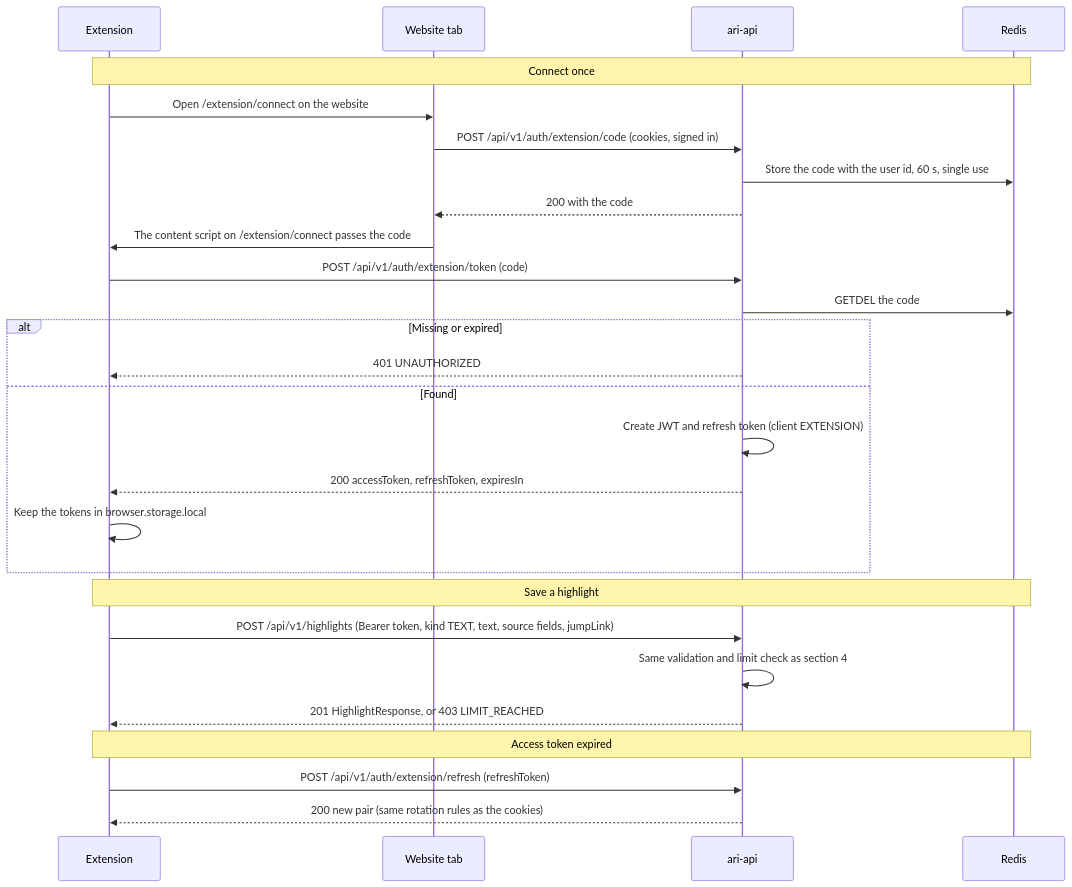
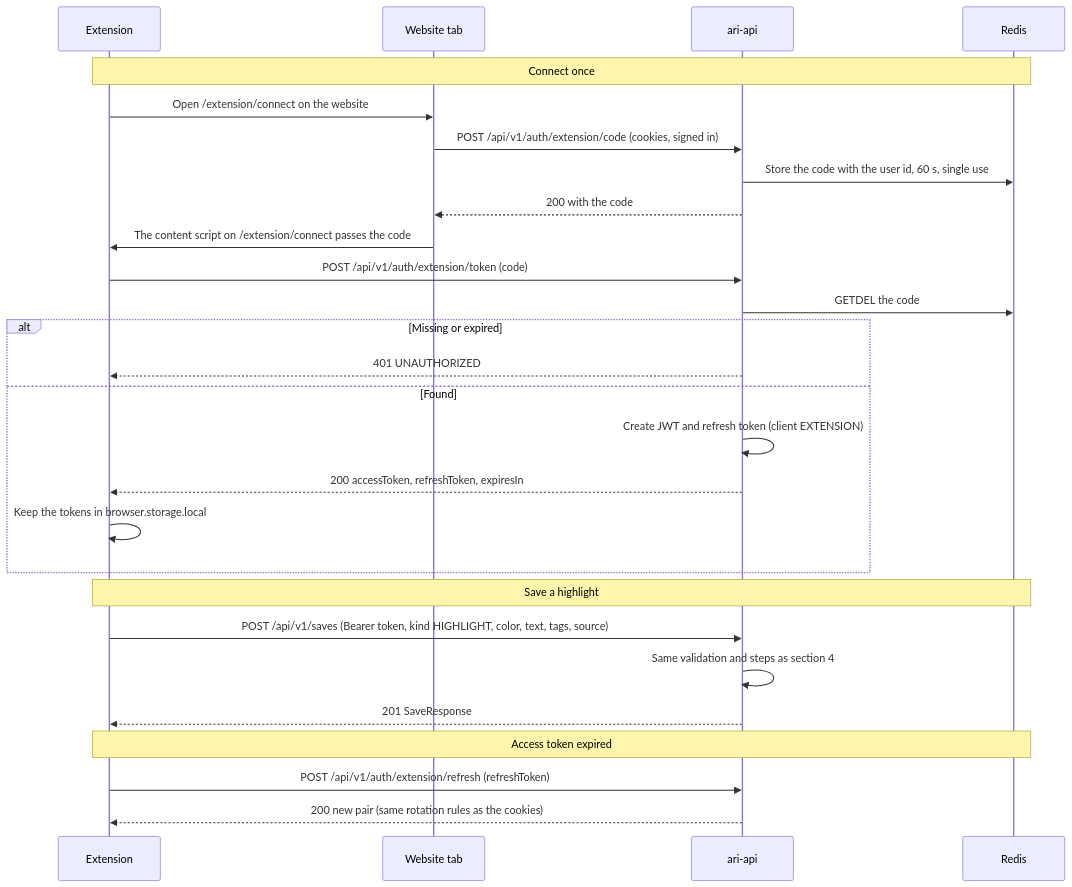
The sixth of 9 diagrams in docs/sequences.md (salimsalimzade/ari-api), drawn with Mermaid before and after one commit. The commit also changed other lines of this file and 181 other files, not shown here.

````diff
--- a/docs/sequences.md
+++ b/docs/sequences.md
@@ -202,29 +256,29 @@
 ```mermaid
 sequenceDiagram
   participant X as Extension
   participant T as Website tab
   participant A as ari-api
   participant R as Redis
   Note over X,R: Connect once
   X->>T: Open /extension/connect on the website
   T->>A: POST /api/v1/auth/extension/code (cookies, signed in)
   A->>R: Store the code with the user id, 60 s, single use
   A-->>T: 200 with the code
   T->>X: The content script on /extension/connect passes the code
   X->>A: POST /api/v1/auth/extension/token (code)
   A->>R: GETDEL the code
   alt Missing or expired
     A-->>X: 401 UNAUTHORIZED
   else Found
     A->>A: Create JWT and refresh token (client EXTENSION)
     A-->>X: 200 accessToken, refreshToken, expiresIn
     X->>X: Keep the tokens in browser.storage.local
   end
   Note over X,R: Save a highlight
-  X->>A: POST /api/v1/highlights (Bearer token, kind TEXT, text, source fields, jumpLink)
-  A->>A: Same validation and limit check as section 4
-  A-->>X: 201 HighlightResponse, or 403 LIMIT_REACHED
+  X->>A: POST /api/v1/saves (Bearer token, kind HIGHLIGHT, color, text, tags, source)
+  A->>A: Same validation and steps as section 4
+  A-->>X: 201 SaveResponse
   Note over X,R: Access token expired
   X->>A: POST /api/v1/auth/extension/refresh (refreshToken)
   A-->>X: 200 new pair (same rotation rules as the cookies)
 ```
````
